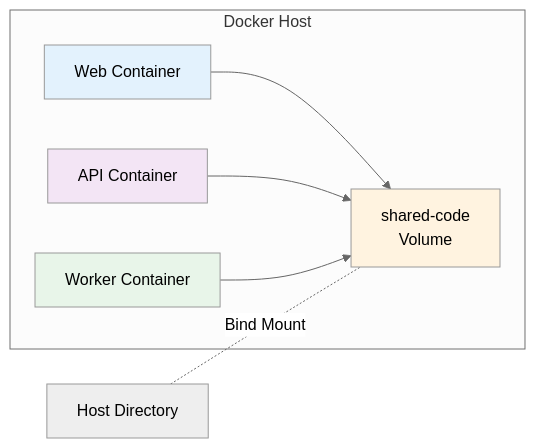
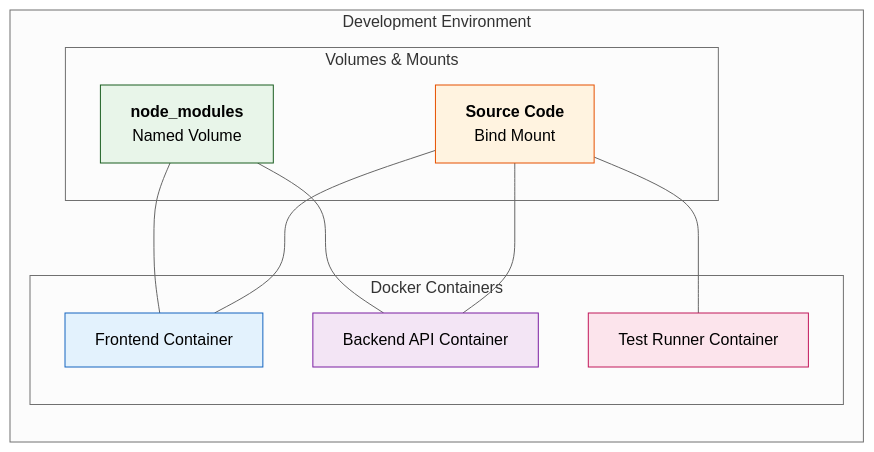
Before and after one commit to Ganil151/Devops: the second of 2 diagrams in 1-Beginner/06-Docker/Intermediate/02-Docker-Volumes/README.md, drawn with Mermaid (neutral theme). The commit also changed other lines of this file and 41 other files, not shown here.

````diff
--- a/1-Beginner/06-Docker/Intermediate/02-Docker-Volumes/README.md
+++ b/1-Beginner/06-Docker/Intermediate/02-Docker-Volumes/README.md
@@ -315,18 +322,24 @@
 ```mermaid
 graph LR
-    subgraph "Docker Host"
-        VOL[shared-code<br/>Volume]
+    subgraph "Development Environment"
+        subgraph "Docker Containers"
+            WEB[Frontend Container]
+            API[Backend API Container]
+            TEST[Test Runner Container]
+        end
         
-        WEB[Web Container] --> VOL
-        API[API Container] --> VOL
-        WORKER[Worker Container] --> VOL
-        
+        subgraph "Volumes & Mounts"
+            SRC[<b>Source Code</b><br/>Bind Mount]
+            DEPS["<b>node_modules</b><br/>Named Volume"]
+        end
     end
     
-    HOST[Host Directory] -.Bind Mount.- VOL
+    SRC --- WEB & API & TEST
+    DEPS --- WEB & API
     
-    style VOL fill:#fff3e0
-    style WEB fill:#e3f2fd
-    style API fill:#f3e5f5
-    style WORKER fill:#e8f5e9
+    style SRC fill:#fff3e0,stroke:#e65100
+    style DEPS fill:#e8f5e9,stroke:#1b5e20
+    style WEB fill:#e3f2fd,stroke:#1565c0
+    style API fill:#f3e5f5,stroke:#7b1fa2
+    style TEST fill:#fce4ec,stroke:#c2185b
 ```
````
